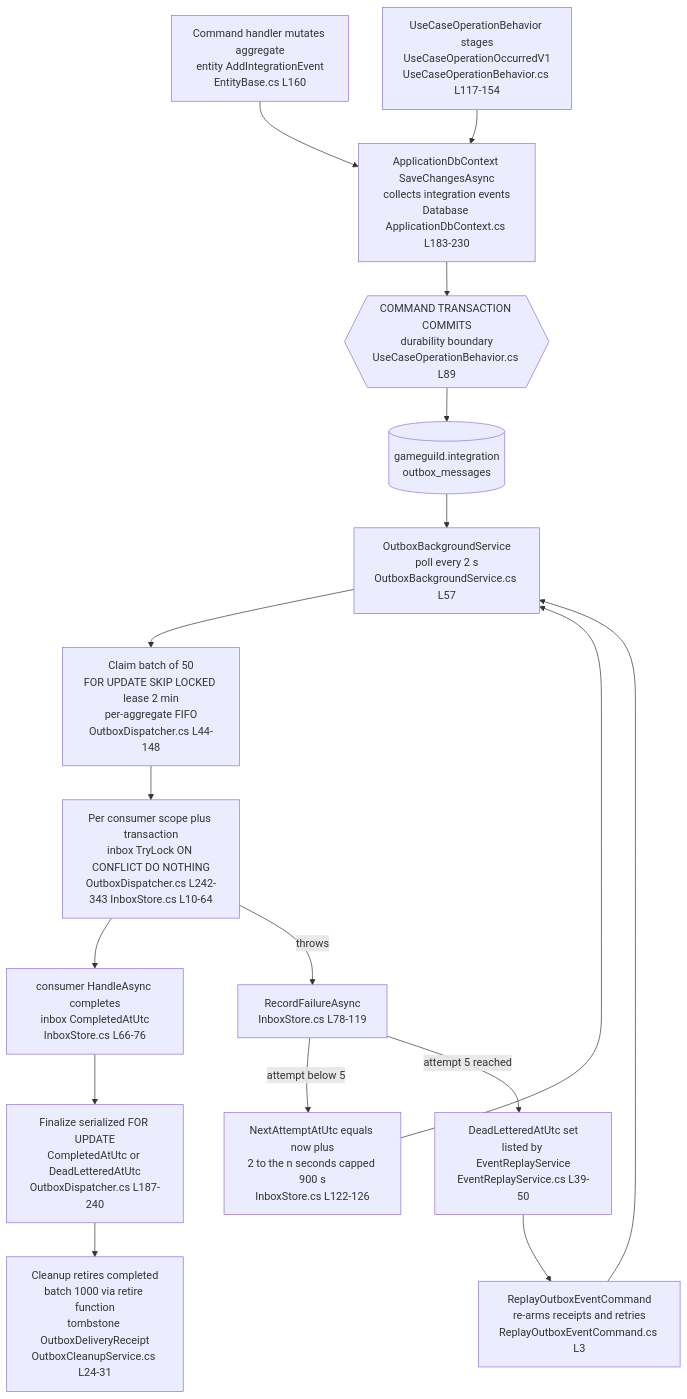
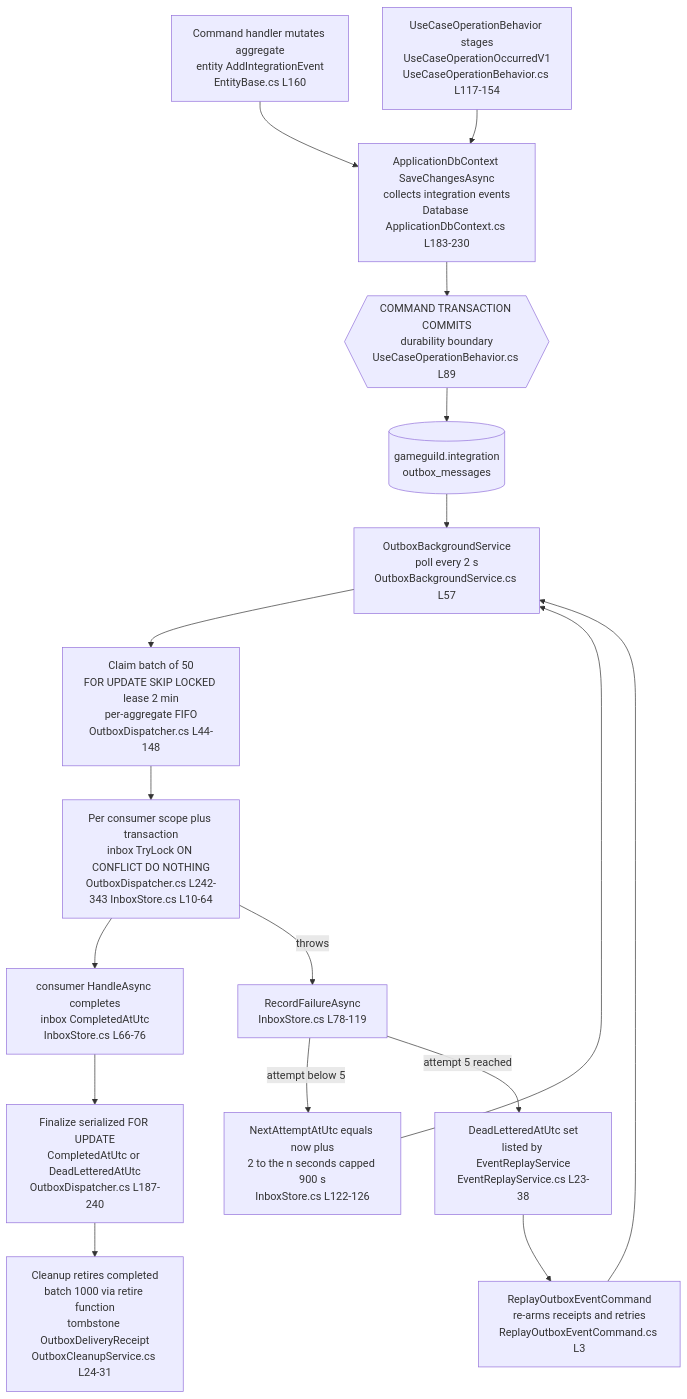
The diagram in docs/sharedkernel/03-outbox-core.md (gameguild-gg/gameguild), drawn with Mermaid before and after one commit. The commit also changed other lines of this file, not shown here.

Commit message:
docs(sharedkernel): precise EventReplayService line refs

````diff
--- a/docs/sharedkernel/03-outbox-core.md
+++ b/docs/sharedkernel/03-outbox-core.md
@@ -97,19 +97,19 @@
 ```mermaid
 flowchart TD
     CMD["Command handler mutates aggregate<br/>entity AddIntegrationEvent<br/>EntityBase.cs L160"] --> SAVE["ApplicationDbContext SaveChangesAsync<br/>collects integration events<br/>Database ApplicationDbContext.cs L183-230"]
     OPS["UseCaseOperationBehavior stages<br/>UseCaseOperationOccurredV1<br/>UseCaseOperationBehavior.cs L117-154"] --> SAVE
     SAVE --> COMMIT{{"COMMAND TRANSACTION COMMITS<br/>durability boundary<br/>UseCaseOperationBehavior.cs L89"}}
     COMMIT --> OUTBOX[("gameguild.integration<br/>outbox_messages")]
     OUTBOX --> POLL["OutboxBackgroundService<br/>poll every 2 s<br/>OutboxBackgroundService.cs L57"]
     POLL --> CLAIM["Claim batch of 50<br/>FOR UPDATE SKIP LOCKED lease 2 min<br/>per-aggregate FIFO<br/>OutboxDispatcher.cs L44-148"]
     CLAIM --> DISP["Per consumer scope plus transaction<br/>inbox TryLock ON CONFLICT DO NOTHING<br/>OutboxDispatcher.cs L242-343 InboxStore.cs L10-64"]
     DISP --> OK["consumer HandleAsync completes<br/>inbox CompletedAtUtc<br/>InboxStore.cs L66-76"]
     DISP -- "throws" --> FAIL["RecordFailureAsync<br/>InboxStore.cs L78-119"]
     FAIL -- "attempt below 5" --> BACK["NextAttemptAtUtc equals now plus<br/>2 to the n seconds capped 900 s<br/>InboxStore.cs L122-126"]
     BACK --> POLL
-    FAIL -- "attempt 5 reached" --> DLQ["DeadLetteredAtUtc set<br/>listed by EventReplayService<br/>EventReplayService.cs L39-50"]
+    FAIL -- "attempt 5 reached" --> DLQ["DeadLetteredAtUtc set<br/>listed by EventReplayService<br/>EventReplayService.cs L23-38"]
     DLQ --> REPLAY["ReplayOutboxEventCommand<br/>re-arms receipts and retries<br/>ReplayOutboxEventCommand.cs L3"]
     REPLAY --> POLL
     OK --> FINAL["Finalize serialized FOR UPDATE<br/>CompletedAtUtc or DeadLetteredAtUtc<br/>OutboxDispatcher.cs L187-240"]
     FINAL --> CLEAN["Cleanup retires completed<br/>batch 1000 via retire function<br/>tombstone OutboxDeliveryReceipt<br/>OutboxCleanupService.cs L24-31"]
 ```
````
